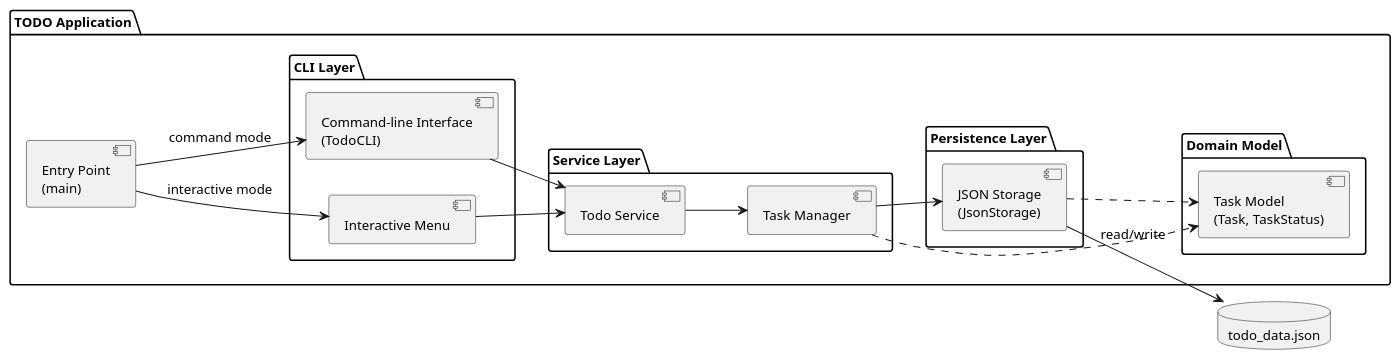
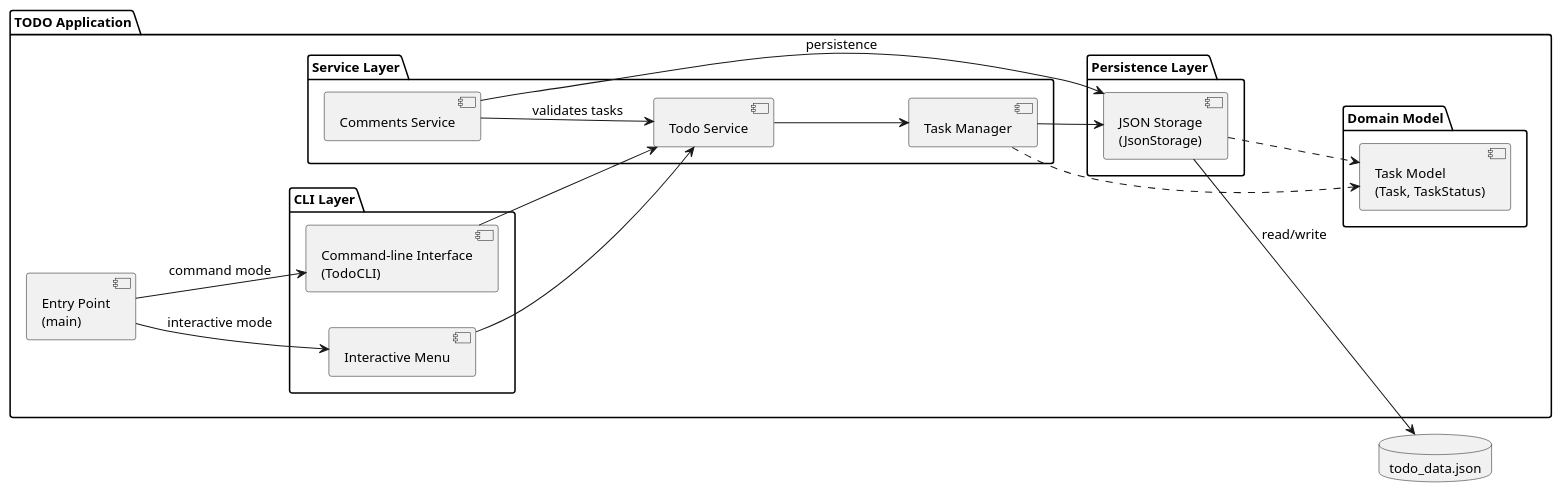
Before and after one commit to DanielRiha8906/Software_autoevolution_using_agents: the diagram in experiments/pipeline/test_driven/TODO/artifacts/component_diagram.puml, drawn with PlantUML. The commit also changed 6 other files, not shown here.

First line of the commit message:
Task 04 | Implement CommentsService with lifecycle management

```diff
--- a/experiments/pipeline/test_driven/TODO/artifacts/component_diagram.puml
+++ b/experiments/pipeline/test_driven/TODO/artifacts/component_diagram.puml
@@ -1,46 +1,49 @@
 @startuml component_diagram
 
 skinparam componentStyle uml2
 skinparam defaultFontSize 13
 
 left to right direction
 
 package "TODO Application" {
 
     component "Entry Point\n(main)" as Main
 
     package "CLI Layer" {
         component "Interactive Menu" as IM
         component "Command-line Interface\n(TodoCLI)" as CLI
     }
 
     package "Service Layer" {
         component "Todo Service" as SVC
         component "Task Manager" as MGR
+        component "Comments Service" as CSVC
     }
 
     package "Domain Model" {
         component "Task Model\n(Task, TaskStatus)" as Model
     }
 
     package "Persistence Layer" {
         component "JSON Storage\n(JsonStorage)" as Storage
     }
 }
 
 database "todo_data.json" as DB
 
 Main --> IM : interactive mode
 Main --> CLI : command mode
 
 IM --> SVC
 CLI --> SVC
 
 SVC --> MGR
+CSVC --> SVC : validates tasks
+CSVC --> Storage : persistence
 MGR --> Storage
 MGR ..> Model
 Storage ..> Model
 
 Storage --> DB : read/write
 
 @enduml
```
